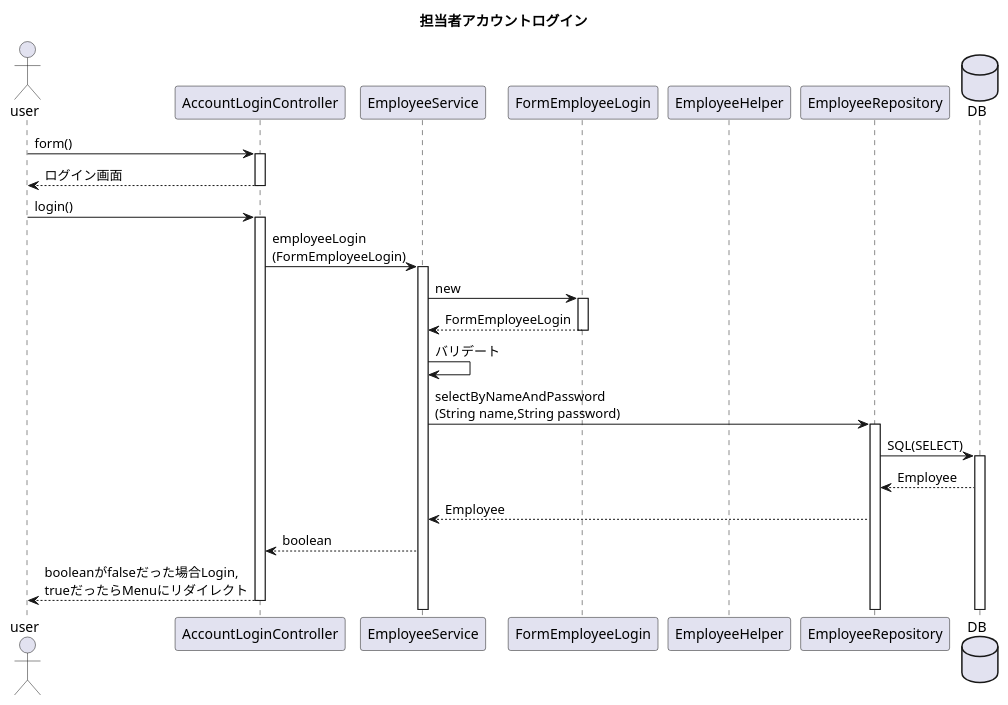
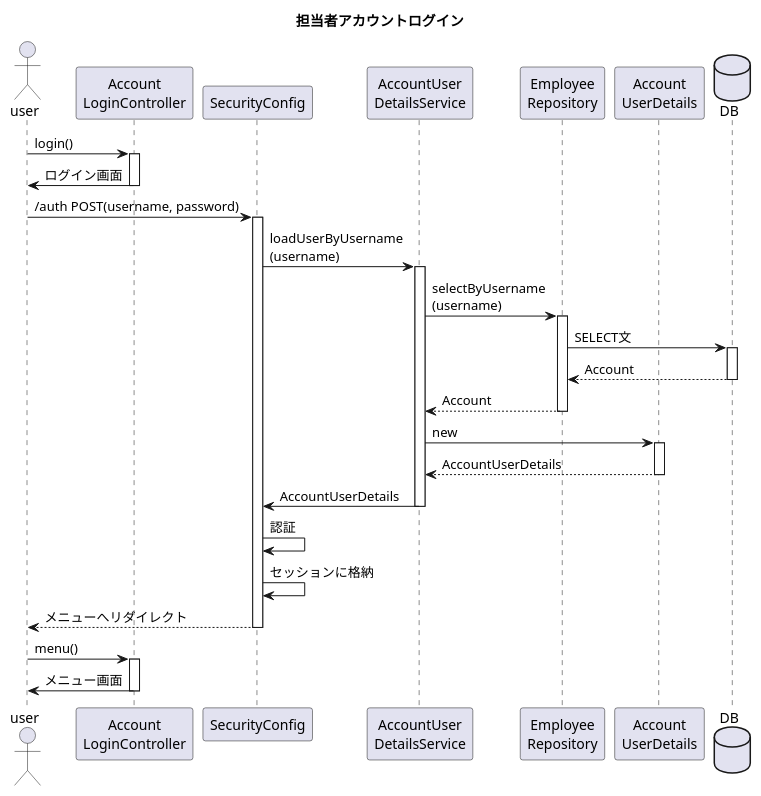
Before and after one commit to kanavii3333/ec-b: the diagram in plan/uml/sequence/uc017.plantuml, drawn with PlantUML. The commit also changed 19 other files, not shown here.

Commit message:
結合テスト仕様書の書式修正、サービス層の単体テスト仕様書の修正、UC017.plantumlの修正、READMEのURL一覧修正

```diff
--- a/plan/uml/sequence/uc017.plantuml
+++ b/plan/uml/sequence/uc017.plantuml
@@ -1,25 +1,28 @@
 @startuml
 title 担当者アカウントログイン
 actor user
-participant AccountLoginController as Controller
-participant EmployeeService as Service
-participant FormEmployeeLogin as Form
-participant EmployeeHelper as Helper
-participant EmployeeRepository as Repository
-database DB
+participant "Account\nLoginController" as controller
+participant "SecurityConfig" as security
+participant "AccountUser\nDetailsService" as service
+participant "Employee\nRepository" as repository
+participant "Account\nUserDetails" as details
+database DB as db
 
-user -> Controller++:form()
-user <-- Controller--:ログイン画面
-user -> Controller++:login()
-Controller -> Service++:employeeLogin\n(FormEmployeeLogin)
-Service -> Form++:new
-Service <-- Form--:FormEmployeeLogin
-Service -> Service:バリデート
-Service -> Repository++:selectByNameAndPassword\n(String name,String password)
-Repository -> DB++:SQL(SELECT)
-Repository <-- DB:Employee
-Service <-- Repository:Employee
-Controller <-- Service:boolean
-user <-- Controller--:booleanがfalseだった場合Login,\ntrueだったらMenuにリダイレクト
+user -> controller++:login()
+controller -> user--:ログイン画面
+user -> security++:/auth POST(username, password)
+security -> service++:loadUserByUsername\n(username)
+service -> repository++:selectByUsername\n(username)
+repository -> db++:SELECT文
+db --> repository--:Account
+repository --> service--:Account
+service -> details++:new
+details --> service--:AccountUserDetails
+service -> security--:AccountUserDetails
+security -> security:認証
+security -> security:セッションに格納
+security --> user--:メニューへリダイレクト
+user -> controller++:menu()
+controller -> user--:メニュー画面
 
 @enduml
```
